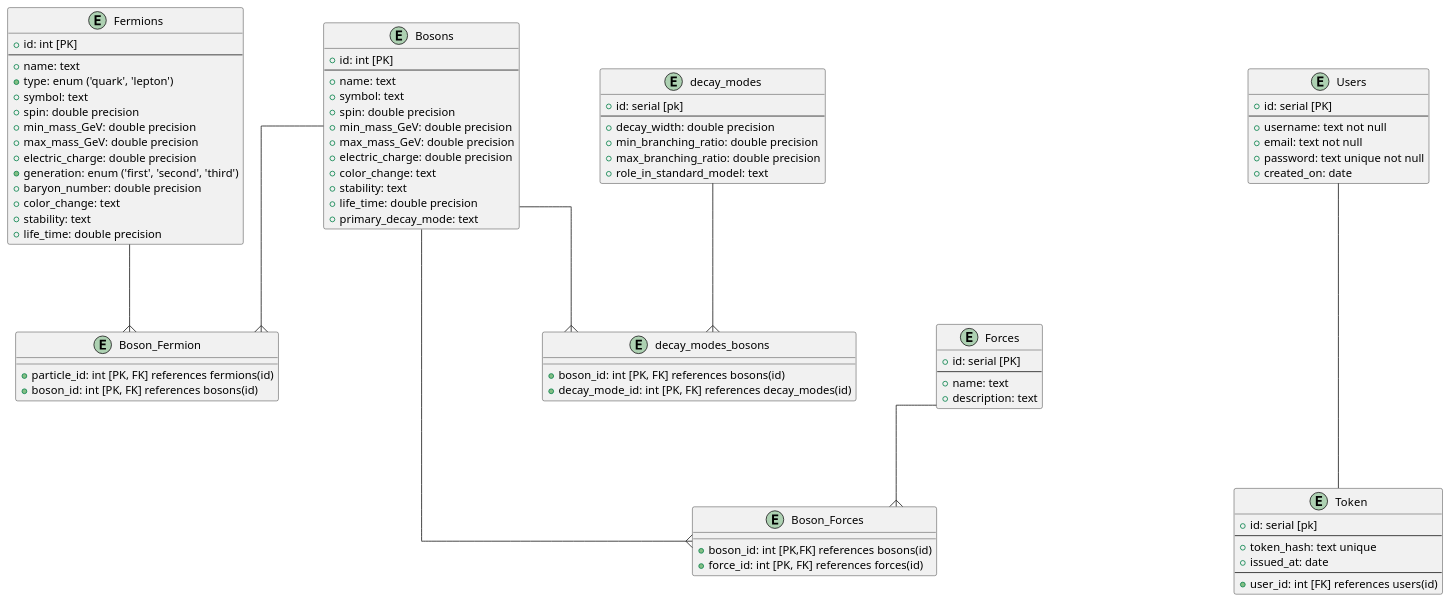
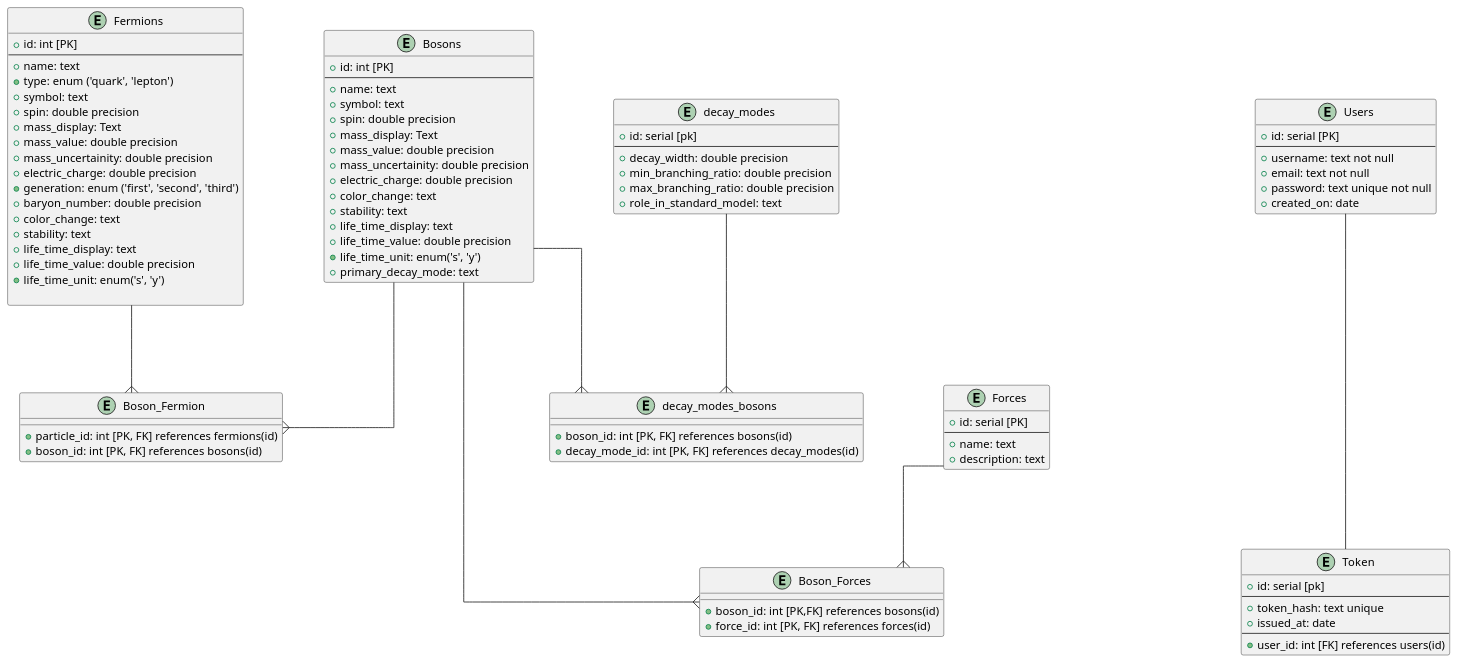
Before and after one commit to therakius/particles-api: the diagram in particles-erd.puml, drawn with PlantUML.

Commit message:
updated data presentation for mass and lifetime

```diff
--- a/particles-erd.puml
+++ b/particles-erd.puml
@@ -1,106 +1,113 @@
 @startuml particles_database
 skinparam {
     Nodesep 100
     Ranksep 100
     Linetype ortho
 }
 
 skinparam entity {
     BackgroundColor LightBlue
     FontSize 14
     ArrowThickness 1
 }
 
 entity "Fermions" as fermions {
     +id: int [PK]
     --
     +name: text
     +type: enum ('quark', 'lepton')
     +symbol: text
     +spin: double precision
-    +min_mass_GeV: double precision
-    +max_mass_GeV: double precision
+    +mass_display: Text
+    +mass_value: double precision
+    +mass_uncertainity: double precision
     +electric_charge: double precision
     +generation: enum ('first', 'second', 'third')
     +baryon_number: double precision
     +color_change: text
     +stability: text
-    +life_time: double precision
+    +life_time_display: text
+    +life_time_value: double precision
+    +life_time_unit: enum('s', 'y')
+
 }
 
 entity "Bosons" as bosons {
     +id: int [PK]
     --
     +name: text
     +symbol: text
     +spin: double precision
-    +min_mass_GeV: double precision
-    +max_mass_GeV: double precision
+    +mass_display: Text
+    +mass_value: double precision
+    +mass_uncertainity: double precision
     +electric_charge: double precision
     +color_change: text
     +stability: text
-    +life_time: double precision
+    +life_time_display: text
+    +life_time_value: double precision
+    +life_time_unit: enum('s', 'y')
     +primary_decay_mode: text
 }
 
 entity "Forces" as forces {
     +id: serial [PK]
     --
     +name: text
     +description: text
 }
 
 entity decay_modes {
     +id: serial [pk]
     --
     +decay_width: double precision
     +min_branching_ratio: double precision
     +max_branching_ratio: double precision
     +role_in_standard_model: text 
 }
 
 entity decay_modes_bosons {
     +boson_id: int [PK, FK] references bosons(id)
     +decay_mode_id: int [PK, FK] references decay_modes(id)
 }
 
 
 entity "Boson_Forces" as boson_forces {
     +boson_id: int [PK,FK] references bosons(id)
     +force_id: int [PK, FK] references forces(id)
 }
 
 entity "Boson_Fermion" as boson_fermion_interaction{
     +particle_id: int [PK, FK] references fermions(id)
     +boson_id: int [PK, FK] references bosons(id)
 }
 
 entity "Users" as users {
     +id: serial [PK]
     --
     +username: text not null
     +email: text not null
     +password: text unique not null
     +created_on: date
 }
 
 entity "Token" as tokens {
     +id: serial [pk]
     --
     +token_hash: text unique
     +issued_at: date
     --
     +user_id: int [FK] references users(id)
 }
 
 'relationships'
 
 fermions --{ boson_fermion_interaction
 bosons --{ boson_fermion_interaction
 bosons ---{ boson_forces
 forces --{ boson_forces
 users --- tokens
 decay_modes --{ decay_modes_bosons
 bosons --{ decay_modes_bosons
 
 @enduml
```
